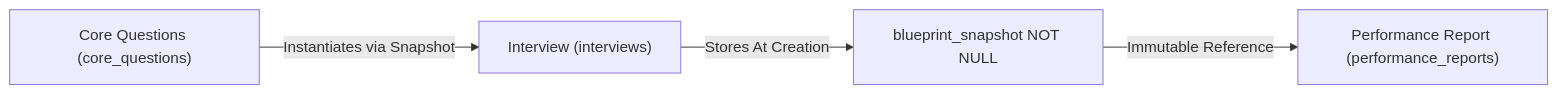
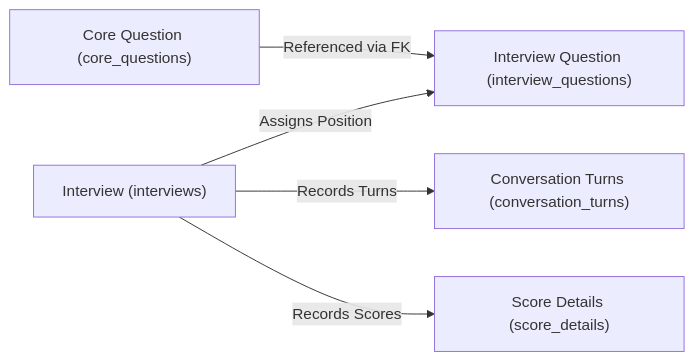
Before and after one commit to cog-forge/role-cue-brain: the diagram in 02_System/Data-Relationships.md, drawn with Mermaid. The commit also changed other lines of this file and 11 other files, not shown here.

````diff
--- a/02_System/Data-Relationships.md
+++ b/02_System/Data-Relationships.md
@@ -48,6 +58,7 @@
 ```mermaid
 flowchart LR
-    BP["Core Questions (core_questions)"] -->|"Instantiates via Snapshot"| SESS["Interview (interviews)"]
-    SESS -->|"Stores At Creation"| SNAP["blueprint_snapshot NOT NULL"]
-    SNAP -->|"Immutable Reference"| REP["Performance Report (performance_reports)"]
+    CQ["Core Question (core_questions)"] -->|"Referenced via FK"| IQ["Interview Question (interview_questions)"]
+    INT["Interview (interviews)"] -->|"Assigns Position"| IQ
+    INT -->|"Records Turns"| CT["Conversation Turns (conversation_turns)"]
+    INT -->|"Records Scores"| SD["Score Details (score_details)"]
 ```
````
